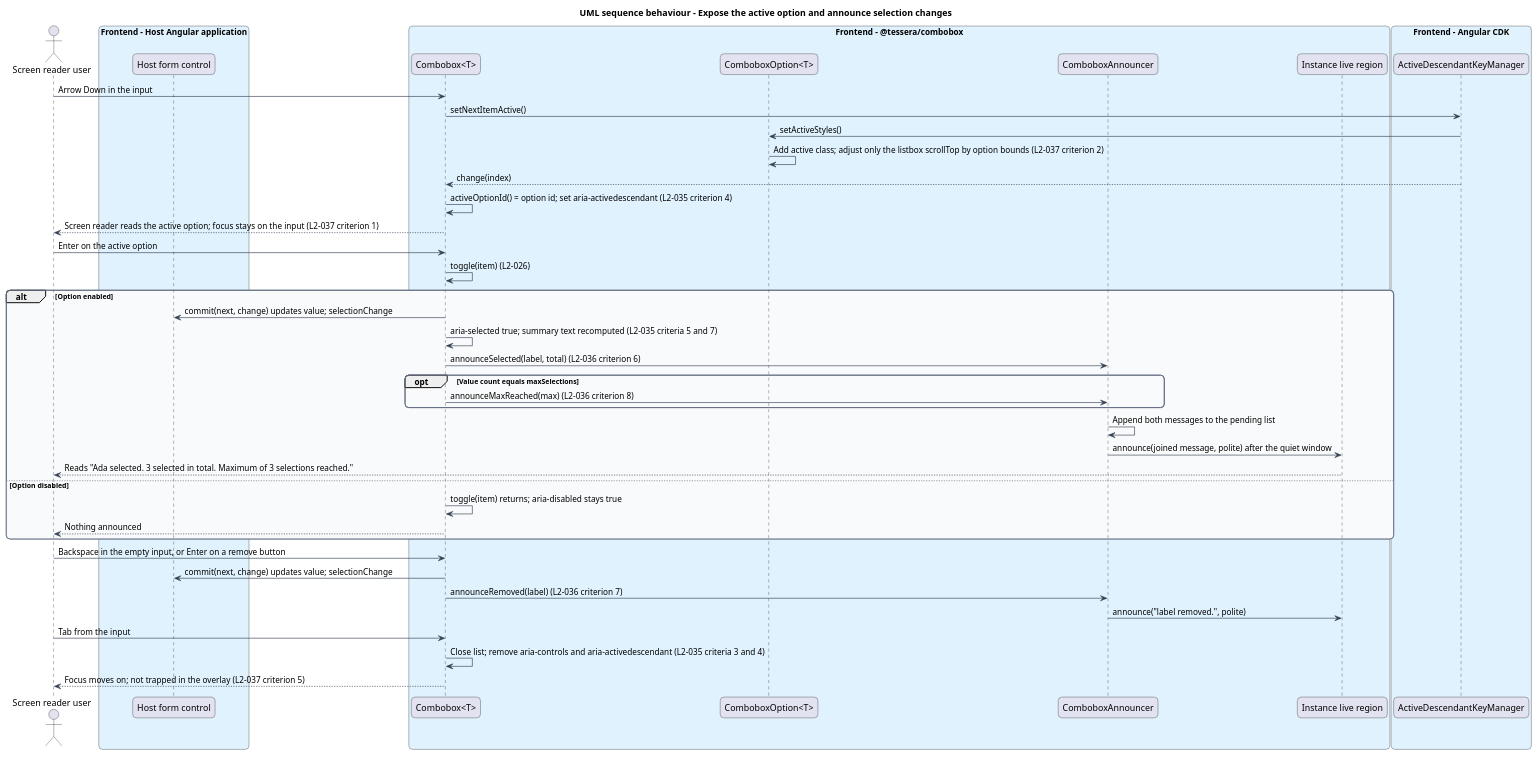
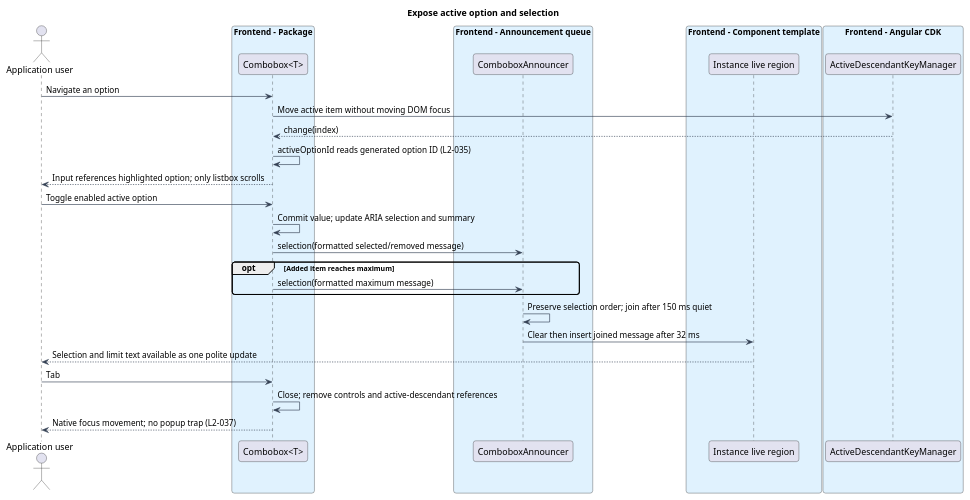
One commit to QuinntyneBrown/Tessera changed the diagram in docs/detailed-designs/combobox/expose-to-assistive-tech/diagrams/sequence-active-option-selection.puml. Above: the diagram before and after it, drawn with PlantUML. The commit also changed 194 other files, not shown here.

```diff
--- a/docs/detailed-designs/combobox/expose-to-assistive-tech/diagrams/sequence-active-option-selection.puml
+++ b/docs/detailed-designs/combobox/expose-to-assistive-tech/diagrams/sequence-active-option-selection.puml
@@ -1,64 +1,45 @@
 @startuml
-title UML sequence behaviour - Expose the active option and announce selection changes
 skinparam backgroundColor #FFFFFF
 skinparam shadowing false
-skinparam roundcorner 12
+skinparam roundcorner 8
 skinparam defaultFontName Arial
 skinparam ArrowColor #344054
-skinparam rectangle {
+skinparam class {
   BorderColor #344054
-  FontColor #101828
-}
-skinparam package {
-  BorderColor #667085
   FontColor #101828
   BackgroundColor #F9FAFB
 }
-actor "Screen reader user" as user
-box "Frontend - Host Angular application" #E0F2FE
-  participant "Host form control" as host
+title Expose active option and selection
+actor "Application user" as user
+box "Frontend - Package" #E0F2FE
+  participant "Combobox<T>" as cb
 end box
-box "Frontend - @tessera/combobox" #E0F2FE
-  participant "Combobox<T>" as combobox
-  participant "ComboboxOption<T>" as option
-  participant "ComboboxAnnouncer" as announcer
+box "Frontend - Announcement queue" #E0F2FE
+  participant "ComboboxAnnouncer" as ann
+end box
+box "Frontend - Component template" #E0F2FE
   participant "Instance live region" as live
 end box
 box "Frontend - Angular CDK" #E0F2FE
-  participant "ActiveDescendantKeyManager" as manager
+  participant "ActiveDescendantKeyManager" as keys
 end box
 
-user -> combobox : Arrow Down in the input
-combobox -> manager : setNextItemActive()
-manager -> option : setActiveStyles()
-option -> option : Add active class; adjust only the listbox scrollTop by option bounds (L2-037 criterion 2)
-manager --> combobox : change(index)
-combobox -> combobox : activeOptionId() = option id; set aria-activedescendant (L2-035 criterion 4)
-combobox --> user : Screen reader reads the active option; focus stays on the input (L2-037 criterion 1)
 
-user -> combobox : Enter on the active option
-combobox -> combobox : toggle(item) (L2-026)
-alt Option enabled
-  combobox -> host : commit(next, change) updates value; selectionChange
-  combobox -> combobox : aria-selected true; summary text recomputed (L2-035 criteria 5 and 7)
-  combobox -> announcer : announceSelected(label, total) (L2-036 criterion 6)
-  opt Value count equals maxSelections
-    combobox -> announcer : announceMaxReached(max) (L2-036 criterion 8)
-  end
-  announcer -> announcer : Append both messages to the pending list
-  announcer -> live : announce(joined message, polite) after the quiet window
-  live --> user : Reads "Ada selected. 3 selected in total. Maximum of 3 selections reached."
-else Option disabled
-  combobox -> combobox : toggle(item) returns; aria-disabled stays true
-  combobox --> user : Nothing announced
+user -> cb : Navigate an option
+cb -> keys : Move active item without moving DOM focus
+keys --> cb : change(index)
+cb -> cb : activeOptionId reads generated option ID (L2-035)
+cb --> user : Input references highlighted option; only listbox scrolls
+user -> cb : Toggle enabled active option
+cb -> cb : Commit value; update ARIA selection and summary
+cb -> ann : selection(formatted selected/removed message)
+opt Added item reaches maximum
+  cb -> ann : selection(formatted maximum message)
 end
-
-user -> combobox : Backspace in the empty input, or Enter on a remove button
-combobox -> host : commit(next, change) updates value; selectionChange
-combobox -> announcer : announceRemoved(label) (L2-036 criterion 7)
-announcer -> live : announce("label removed.", polite)
-
-user -> combobox : Tab from the input
-combobox -> combobox : Close list; remove aria-controls and aria-activedescendant (L2-035 criteria 3 and 4)
-combobox --> user : Focus moves on; not trapped in the overlay (L2-037 criterion 5)
+ann -> ann : Preserve selection order; join after 150 ms quiet
+ann -> live : Clear then insert joined message after 32 ms
+live --> user : Selection and limit text available as one polite update
+user -> cb : Tab
+cb -> cb : Close; remove controls and active-descendant references
+cb --> user : Native focus movement; no popup trap (L2-037)
 @enduml
```
